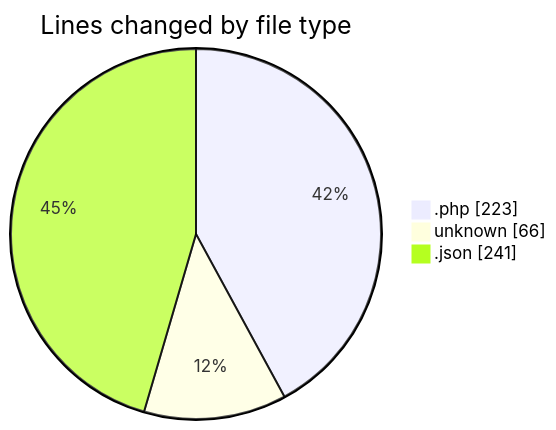
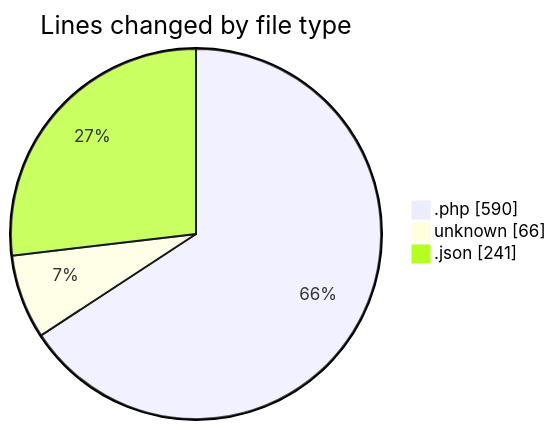
Before and after one commit to idhammustaqopulfikri/code-tracking: the first of 2 diagrams in 2025-04-10/test/README.md, drawn with Mermaid. The commit also changed other lines of this file and 1 other file, not shown here.

````diff
--- a/2025-04-10/test/README.md
+++ b/2025-04-10/test/README.md
@@ -27,7 +33,7 @@
 ```mermaid
 pie showData
 title Lines changed by file type
-".php" : 223
+".php" : 590
 "unknown" : 66
 ".json" : 241
 ```
````
